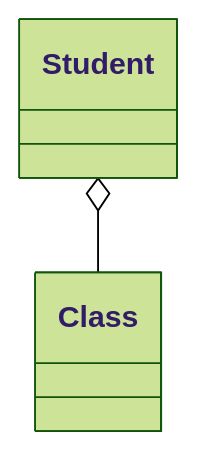
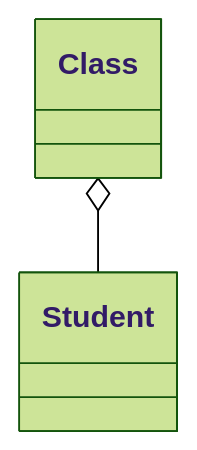
Before and after one commit to 8bitdev256/howto: the third of 4 diagrams in OOP - UML.md, drawn with Mermaid (forest theme).

Commit message:
FIX: Update OOP - UML.md

````diff
--- a/OOP - UML.md
+++ b/OOP - UML.md
@@ -44,12 +44,12 @@
 ```mermaid
 classDiagram
+    class Class {
+
+    }
+
     class Student {
 
     }
 
-    class Class {
-
-    }
-
-    Student o-- Class
+    Class o-- Student
 ```
````
